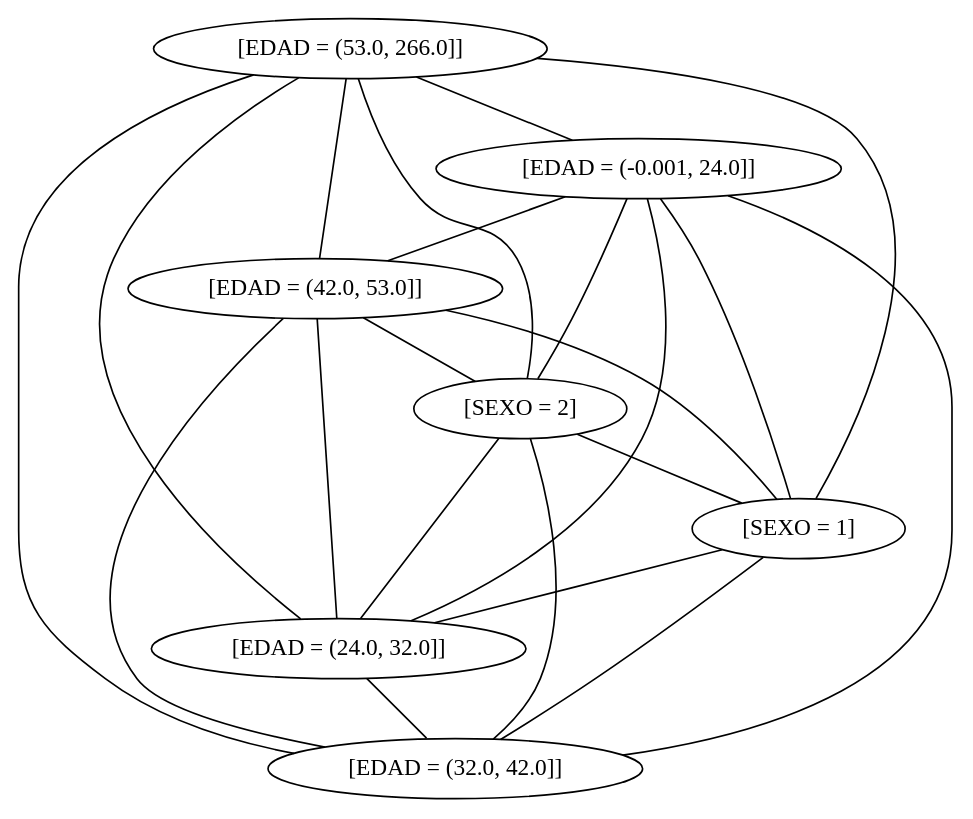
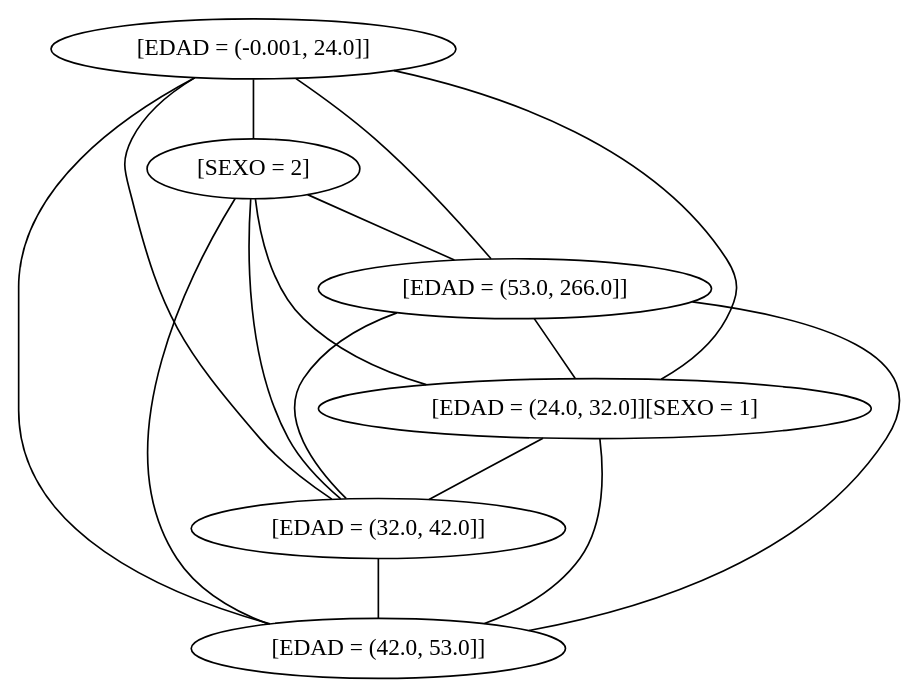
Before and after one commit to sinisterra/mscgp: the diagram in max_weight_clique.dot, drawn with Graphviz. The commit also changed 4 other files, not shown here.

```diff
--- a/max_weight_clique.dot
+++ b/max_weight_clique.dot
@@ -1,30 +1,23 @@
 strict graph  {
-"[EDAD = (53.0, 266.0]]" [weight=272];
-"[EDAD = (-0.001, 24.0]]" [weight=19];
-"[EDAD = (42.0, 53.0]]" [weight=10];
-"[SEXO = 2]" [weight=10];
-"[SEXO = 1]" [weight=1];
-"[EDAD = (24.0, 32.0]]" [weight=2];
-"[EDAD = (32.0, 42.0]]" [weight=2];
-"[EDAD = (53.0, 266.0]]" -- "[EDAD = (-0.001, 24.0]]";
+"[EDAD = (-0.001, 24.0]]" [weight=76];
+"[SEXO = 2]" [weight=17];
+"[EDAD = (53.0, 266.0]]" [weight=24];
+"[EDAD = (24.0, 32.0]][SEXO = 1]" [weight=11];
+"[EDAD = (32.0, 42.0]]" [weight=9];
+"[EDAD = (42.0, 53.0]]" [weight=7];
+"[EDAD = (-0.001, 24.0]]" -- "[SEXO = 2]";
+"[EDAD = (-0.001, 24.0]]" -- "[EDAD = (53.0, 266.0]]";
+"[EDAD = (-0.001, 24.0]]" -- "[EDAD = (24.0, 32.0]][SEXO = 1]";
+"[EDAD = (-0.001, 24.0]]" -- "[EDAD = (32.0, 42.0]]";
+"[EDAD = (-0.001, 24.0]]" -- "[EDAD = (42.0, 53.0]]";
+"[SEXO = 2]" -- "[EDAD = (53.0, 266.0]]";
+"[SEXO = 2]" -- "[EDAD = (24.0, 32.0]][SEXO = 1]";
+"[SEXO = 2]" -- "[EDAD = (32.0, 42.0]]";
+"[SEXO = 2]" -- "[EDAD = (42.0, 53.0]]";
+"[EDAD = (53.0, 266.0]]" -- "[EDAD = (24.0, 32.0]][SEXO = 1]";
+"[EDAD = (53.0, 266.0]]" -- "[EDAD = (32.0, 42.0]]";
 "[EDAD = (53.0, 266.0]]" -- "[EDAD = (42.0, 53.0]]";
-"[EDAD = (53.0, 266.0]]" -- "[SEXO = 2]";
-"[EDAD = (53.0, 266.0]]" -- "[SEXO = 1]";
-"[EDAD = (53.0, 266.0]]" -- "[EDAD = (24.0, 32.0]]";
-"[EDAD = (53.0, 266.0]]" -- "[EDAD = (32.0, 42.0]]";
-"[EDAD = (-0.001, 24.0]]" -- "[EDAD = (42.0, 53.0]]";
-"[EDAD = (-0.001, 24.0]]" -- "[SEXO = 2]";
-"[EDAD = (-0.001, 24.0]]" -- "[SEXO = 1]";
-"[EDAD = (-0.001, 24.0]]" -- "[EDAD = (24.0, 32.0]]";
-"[EDAD = (-0.001, 24.0]]" -- "[EDAD = (32.0, 42.0]]";
-"[EDAD = (42.0, 53.0]]" -- "[SEXO = 2]";
-"[EDAD = (42.0, 53.0]]" -- "[SEXO = 1]";
-"[EDAD = (42.0, 53.0]]" -- "[EDAD = (24.0, 32.0]]";
-"[EDAD = (42.0, 53.0]]" -- "[EDAD = (32.0, 42.0]]";
-"[SEXO = 2]" -- "[SEXO = 1]";
-"[SEXO = 2]" -- "[EDAD = (24.0, 32.0]]";
-"[SEXO = 2]" -- "[EDAD = (32.0, 42.0]]";
-"[SEXO = 1]" -- "[EDAD = (24.0, 32.0]]";
-"[SEXO = 1]" -- "[EDAD = (32.0, 42.0]]";
-"[EDAD = (24.0, 32.0]]" -- "[EDAD = (32.0, 42.0]]";
+"[EDAD = (24.0, 32.0]][SEXO = 1]" -- "[EDAD = (32.0, 42.0]]";
+"[EDAD = (24.0, 32.0]][SEXO = 1]" -- "[EDAD = (42.0, 53.0]]";
+"[EDAD = (32.0, 42.0]]" -- "[EDAD = (42.0, 53.0]]";
 }
```
